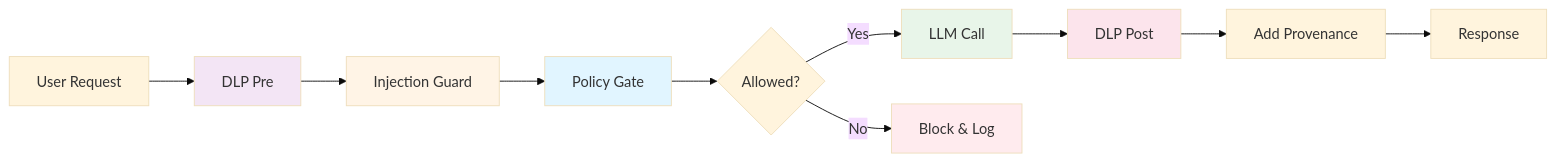
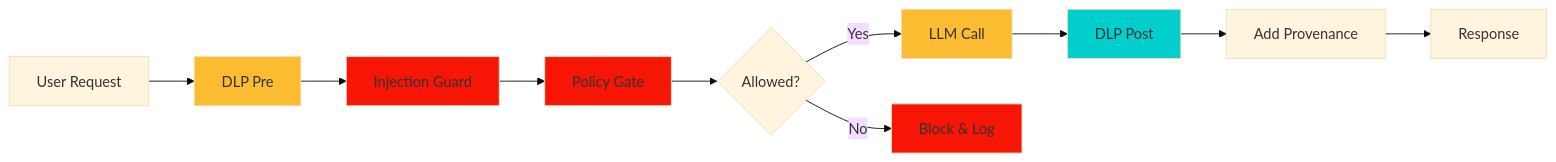
The diagram in labs/01-pii-safe-summarizer/README.md (SP-Autonomy/ai-security-labs-handbook), drawn with Mermaid (base theme) before and after one commit.

Commit message:
Improved README readability

````diff
--- a/labs/01-pii-safe-summarizer/README.md
+++ b/labs/01-pii-safe-summarizer/README.md
@@ -239,19 +239,19 @@
 ```mermaid
 graph LR
     A[User Request] --> B[DLP Pre]
     B --> C[Injection Guard]
     C --> D[Policy Gate]
     D --> E{Allowed?}
     E -->|Yes| F[LLM Call]
     E -->|No| G[Block & Log]
     F --> H[DLP Post]
     H --> I[Add Provenance]
     I --> J[Response]
     
-    style B fill:#f3e5f5
-    style C fill:#fff4e6
-    style D fill:#e1f5ff
-    style F fill:#e8f5e9
-    style H fill:#fce4ec
-    style G fill:#ffebee
+    style B fill:#fcbc32
+    style C fill:#f71505
+    style D fill:#f71505
+    style F fill:#fcbc32
+    style H fill:#02cfcb
+    style G fill:#f71505
 ```
````
